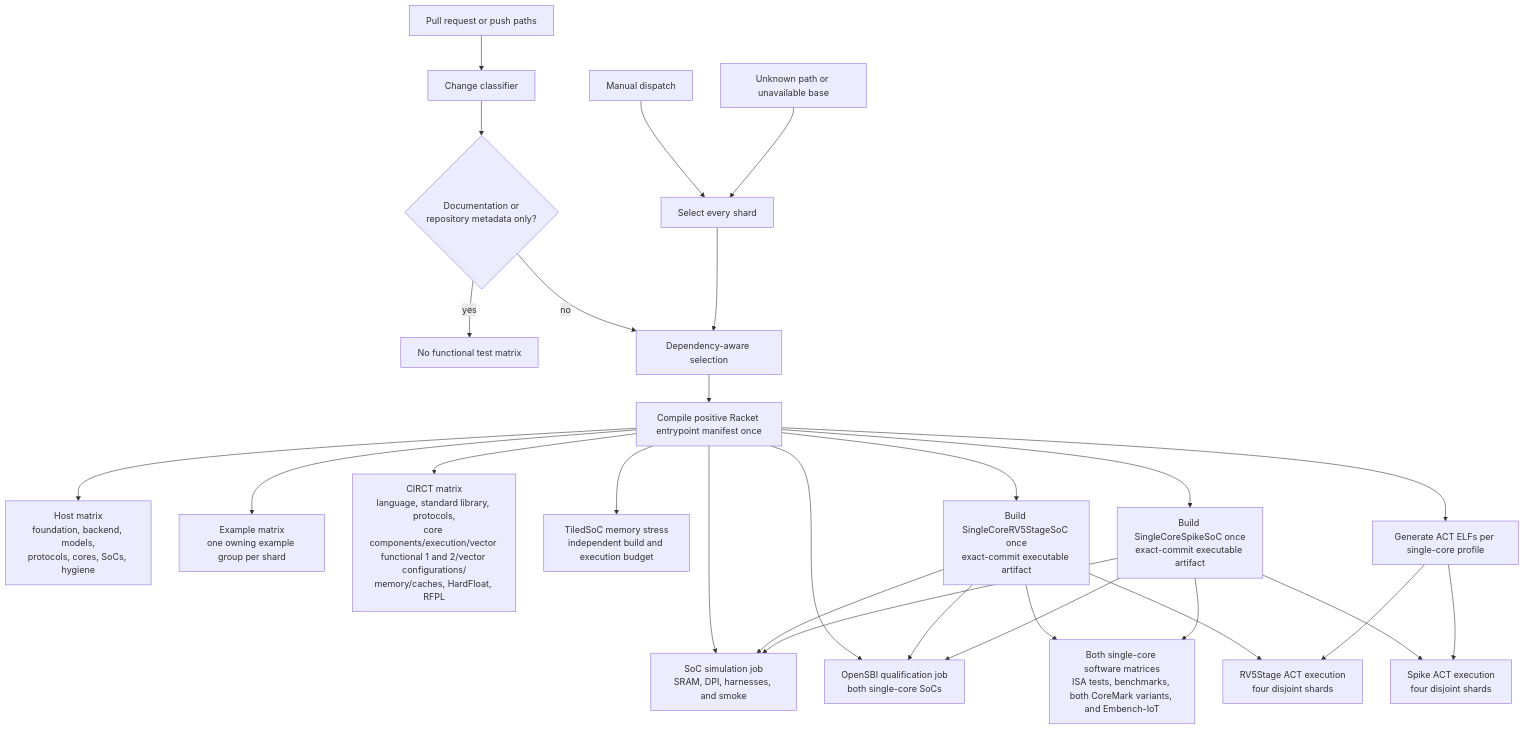
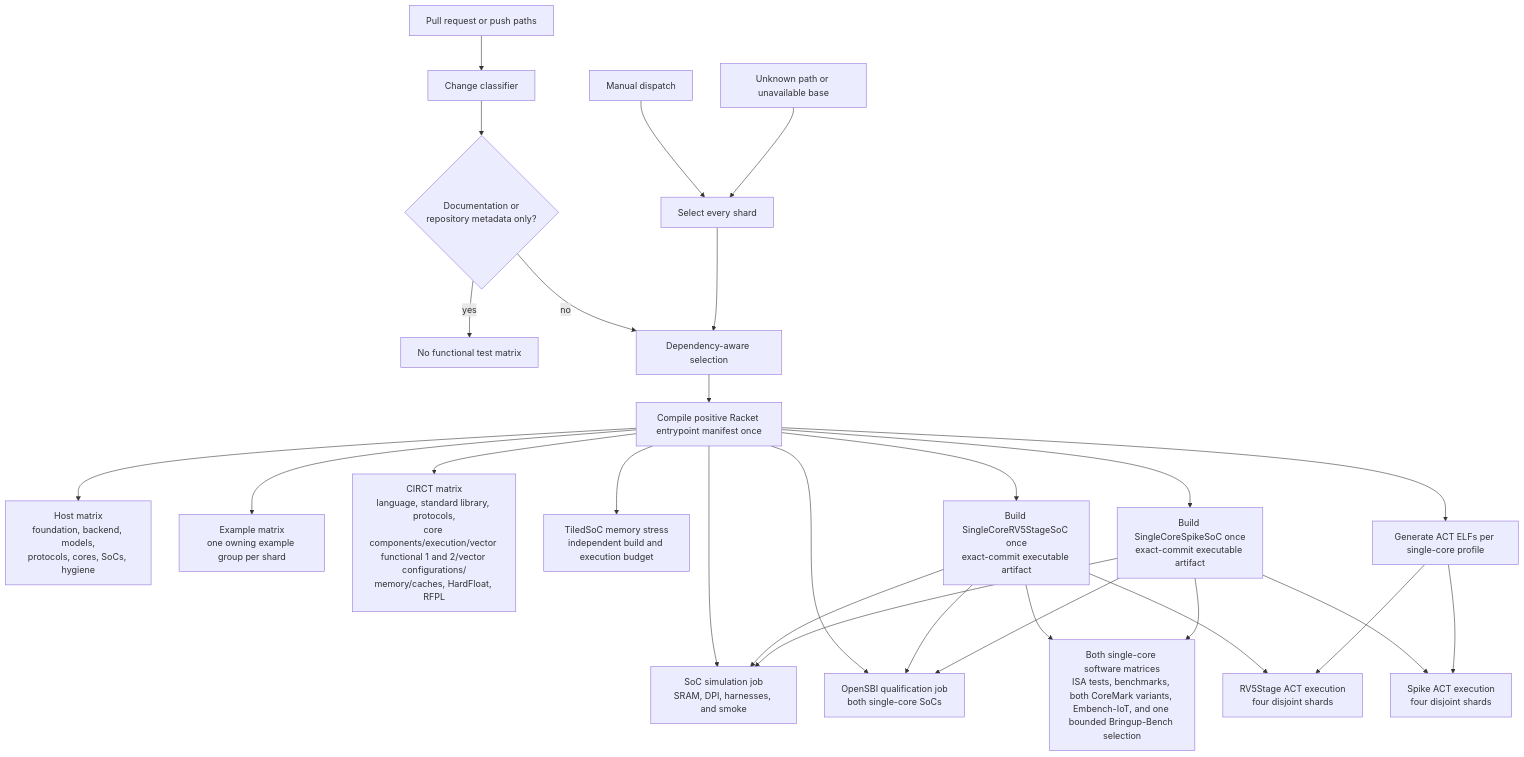
One commit to jerryz123/rhodium changed the diagram in tools/testing/DEVELOPING.md. Above: the diagram before and after it, drawn with Mermaid. The commit also changed other lines of this file and 26 other files, not shown here.

Commit message:
bringup bench

````diff
--- a/tools/testing/DEVELOPING.md
+++ b/tools/testing/DEVELOPING.md
@@ -87,30 +87,30 @@
 ```mermaid
 flowchart TD
     Changes["Pull request or push paths"] --> Classifier["Change classifier"]
     Manual["Manual dispatch"] --> All["Select every shard"]
     Unknown["Unknown path or unavailable base"] --> All
     Classifier --> Docs{"Documentation or<br/>repository metadata only?"}
     Docs -->|yes| None["No functional test matrix"]
     Docs -->|no| Selected["Dependency-aware selection"]
     All --> Selected
     Selected --> Compile["Compile positive Racket entrypoint manifest once"]
     Compile --> Host["Host matrix<br/>foundation, backend, models,<br/>protocols, cores, SoCs, hygiene"]
     Compile --> Examples["Example matrix<br/>one owning example group per shard"]
     Compile --> CIRCT["CIRCT matrix<br/>language, standard library, protocols,<br/>core components/execution/vector functional 1 and 2/vector configurations/<br/>memory/caches, HardFloat, RFPL"]
     Compile --> Simulation["SoC simulation job<br/>SRAM, DPI, harnesses, and smoke"]
     Compile --> OpenSBI["OpenSBI qualification job<br/>both single-core SoCs"]
     Compile --> TiledMemory["TiledSoC memory stress<br/>independent build and execution budget"]
     Compile --> SimpleBuild["Build SingleCoreRV5StageSoC once<br/>exact-commit executable artifact"]
     Compile --> SpikeBuild["Build SingleCoreSpikeSoC once<br/>exact-commit executable artifact"]
     SimpleBuild --> Simulation
     SpikeBuild --> Simulation
     SimpleBuild --> OpenSBI
     SpikeBuild --> OpenSBI
-    SimpleBuild --> Programs["Both single-core software matrices<br/>ISA tests, benchmarks, both CoreMark variants, and Embench-IoT"]
+    SimpleBuild --> Programs["Both single-core software matrices<br/>ISA tests, benchmarks, both CoreMark variants, Embench-IoT, and one bounded Bringup-Bench selection"]
     SpikeBuild --> Programs
     Compile --> ActBuild["Generate ACT ELFs per single-core profile"]
     SimpleBuild --> ActRun["RV5Stage ACT execution<br/>four disjoint shards"]
     SpikeBuild --> SpikeActRun["Spike ACT execution<br/>four disjoint shards"]
     ActBuild --> ActRun
     ActBuild --> SpikeActRun
 ```
````
